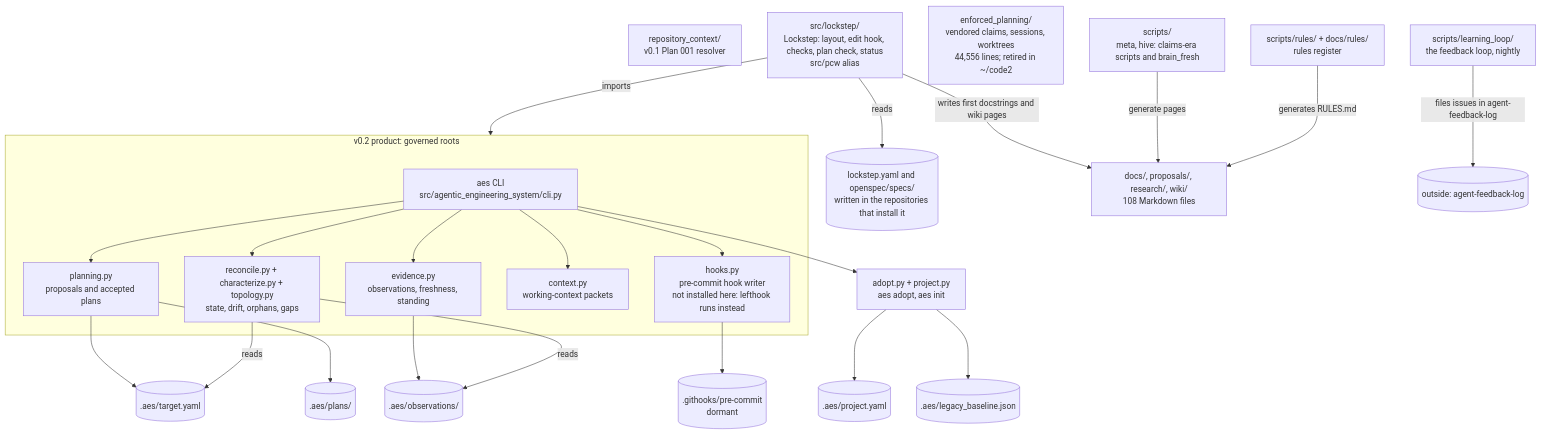
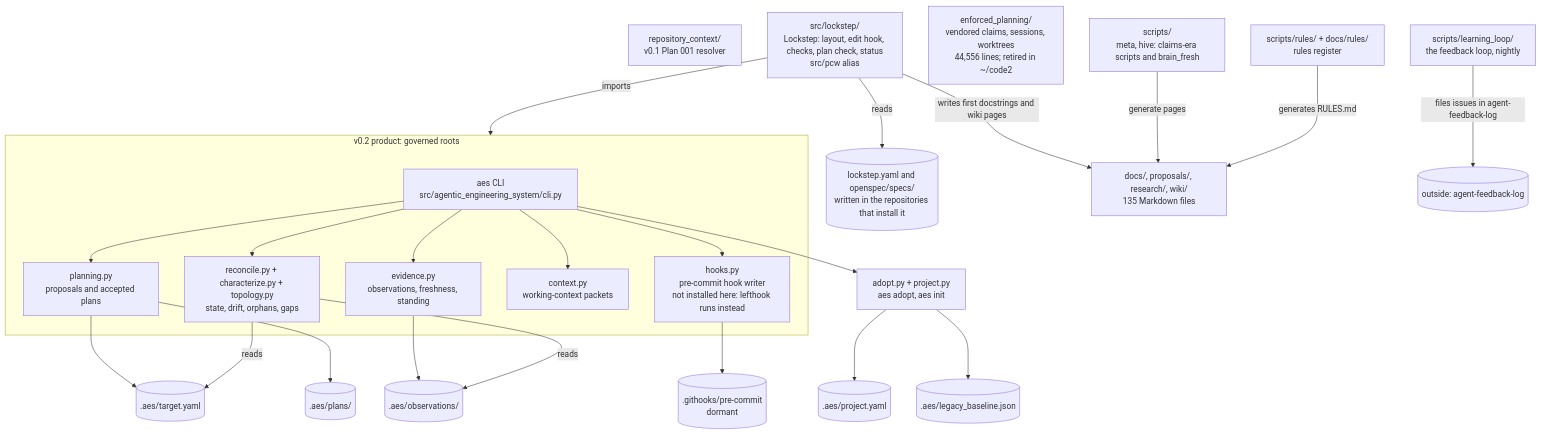
One commit to BrianMills2718/agentic-engineering-system-canonical changed the second of 2 diagrams in docs/planning/SYSTEM_MODEL.md. Above: the diagram before and after it, drawn with Mermaid. The commit also changed 4 other files, not shown here.

````diff
--- a/docs/planning/SYSTEM_MODEL.md
+++ b/docs/planning/SYSTEM_MODEL.md
@@ -60,42 +60,42 @@
 ```mermaid
 flowchart TB
   subgraph v02[v0.2 product: governed roots]
     cli[aes CLI<br/>src/agentic_engineering_system/cli.py]
     plan[planning.py<br/>proposals and accepted plans]
     ev[evidence.py<br/>observations, freshness, standing]
     rec[reconcile.py + characterize.py + topology.py<br/>state, drift, orphans, gaps]
     ctx[context.py<br/>working-context packets]
     hk[hooks.py<br/>pre-commit hook writer<br/>not installed here: lefthook runs instead]
   end
   v01[repository_context/<br/>v0.1 Plan 001 resolver]
   ls[src/lockstep/<br/>Lockstep: layout, edit hook, checks, plan check, status<br/>src/pcw alias]
   lsy[(lockstep.yaml and openspec/specs/<br/>written in the repositories that install it)]
   ep[enforced_planning/<br/>vendored claims, sessions, worktrees<br/>44,556 lines; retired in ~/code2]
   ll[scripts/learning_loop/<br/>the feedback loop, nightly]
   rr[scripts/rules/ + docs/rules/<br/>rules register]
   scr[scripts/<br/>meta, hive: claims-era scripts and brain_fresh]
-  docs[docs/, proposals/, research/, wiki/<br/>108 Markdown files]
+  docs[docs/, proposals/, research/, wiki/<br/>135 Markdown files]
   t[(.aes/target.yaml)]
   o[(.aes/observations/)]
   p[(.aes/plans/)]
   g[(.githooks/pre-commit<br/>dormant)]
   pj[(.aes/project.yaml)]
   lb[(.aes/legacy_baseline.json)]
   ad[adopt.py + project.py<br/>aes adopt, aes init]
   cli --> plan --> t
   plan --> p
   cli --> ev --> o
   cli --> rec
   rec -->|reads| t
   rec -->|reads| o
   cli --> ctx
   cli --> hk --> g
   cli --> ad --> pj
   ad --> lb
   ls -->|reads| lsy
   ls -->|imports| v02
   ls -->|writes first docstrings and wiki pages| docs
   scr -->|generate pages| docs
   rr -->|generates RULES.md| docs
   ll -->|files issues in agent-feedback-log| out[(outside: agent-feedback-log)]
 ```
````
